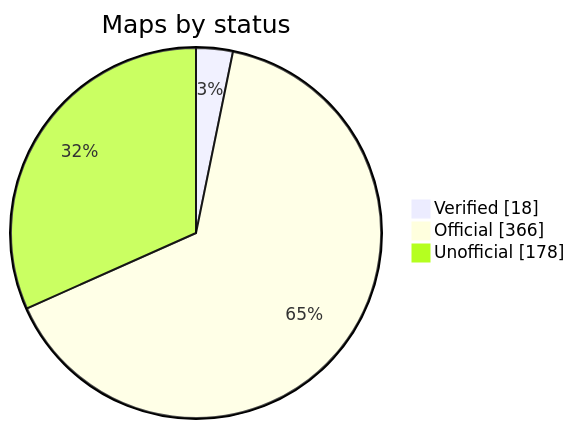
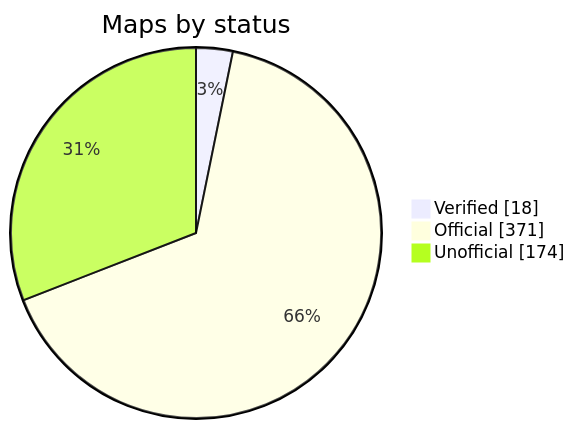
One commit to nobrega8/mbmap-library changed the diagram in README.md. Above: the diagram before and after it, drawn with Mermaid. The commit also changed 10 other files, not shown here.

````diff
--- a/README.md
+++ b/README.md
@@ -52,7 +52,7 @@
 ```mermaid
 pie showData
     title Maps by status
     "Verified" : 18
-    "Official" : 366
-    "Unofficial" : 178
+    "Official" : 371
+    "Unofficial" : 174
 ```
````
